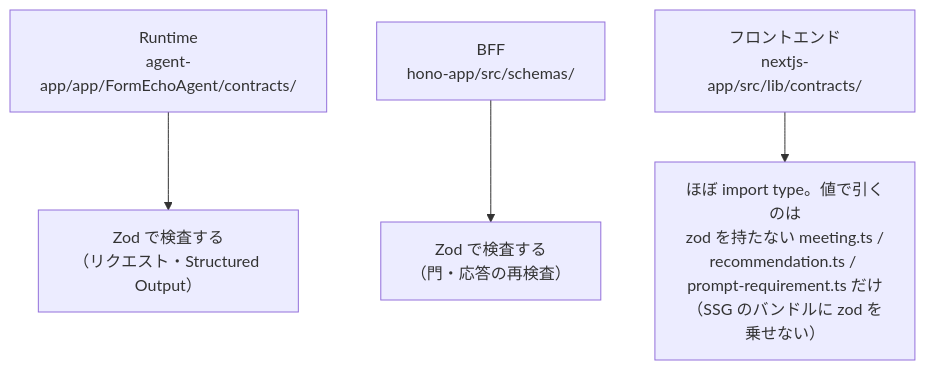
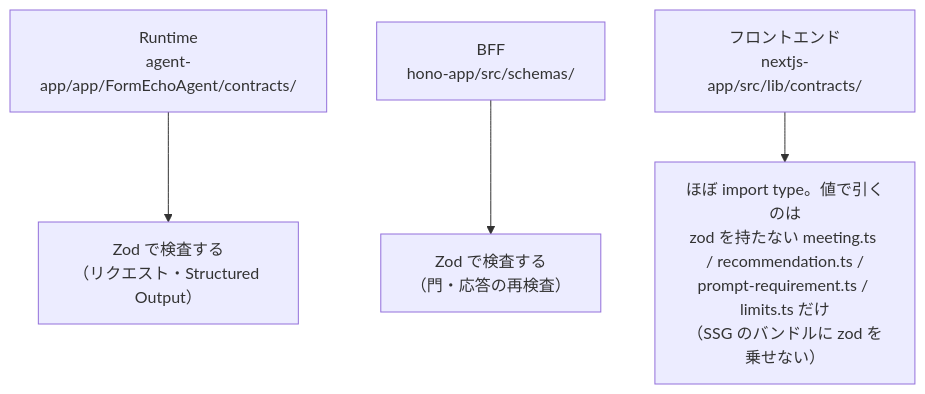
One commit to ag-ke-nakamura/form-echo-agent changed the fourth of 9 diagrams in docs/architecture.md. Above: the diagram before and after it, drawn with Mermaid. The commit also changed other lines of this file and 6 other files, not shown here.

````diff
--- a/docs/architecture.md
+++ b/docs/architecture.md
@@ -113,6 +160,6 @@
 ```mermaid
 graph TD
     A["Runtime<br/>agent-app/app/FormEchoAgent/contracts/"] --> AU["Zod で検査する<br/>（リクエスト・Structured Output）"]
     B["BFF<br/>hono-app/src/schemas/"] --> BU["Zod で検査する<br/>（門・応答の再検査）"]
-    N["フロントエンド<br/>nextjs-app/src/lib/contracts/"] --> NU["ほぼ import type。値で引くのは<br/>zod を持たない meeting.ts /<br/>recommendation.ts / prompt-requirement.ts だけ<br/>（SSG のバンドルに zod を乗せない）"]
+    N["フロントエンド<br/>nextjs-app/src/lib/contracts/"] --> NU["ほぼ import type。値で引くのは<br/>zod を持たない meeting.ts / recommendation.ts /<br/>prompt-requirement.ts / limits.ts だけ<br/>（SSG のバンドルに zod を乗せない）"]
 ```
````
